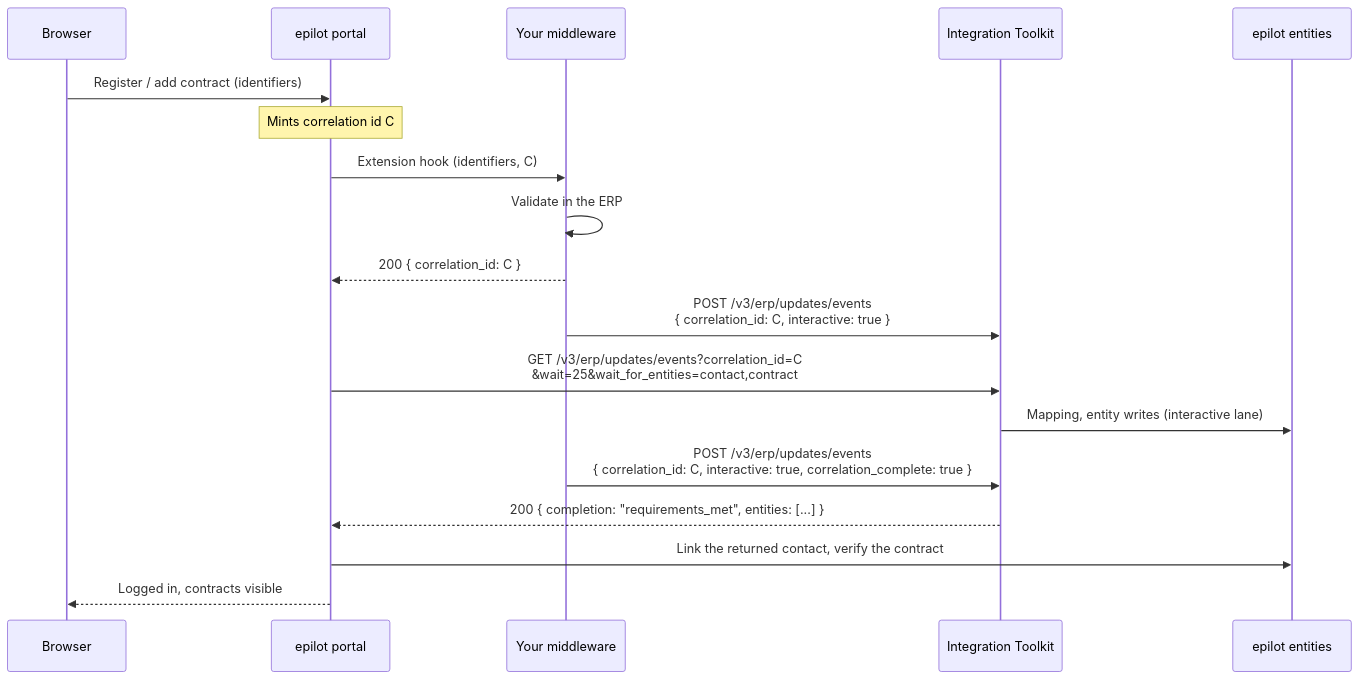
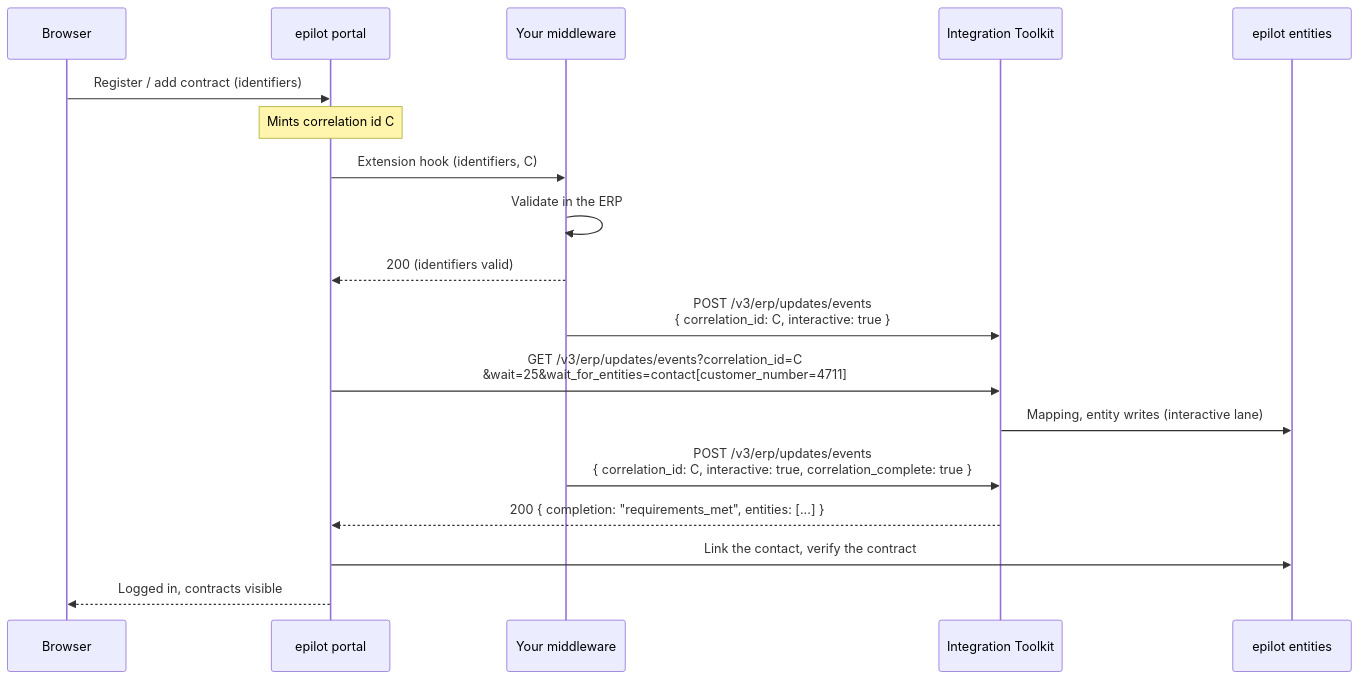
The diagram in docs/integrations/integration-toolkit/interactive-registration.md (epilot-dev/docs), drawn with Mermaid before and after one commit. The commit also changed other lines of this file and 3 other files, not shown here.

````diff
--- a/docs/integrations/integration-toolkit/interactive-registration.md
+++ b/docs/integrations/integration-toolkit/interactive-registration.md
@@ -58,21 +58,21 @@
 ```mermaid
 sequenceDiagram
     participant B as Browser
     participant P as epilot portal
     participant M as Your middleware
     participant T as Integration Toolkit
     participant E as epilot entities
 
     B->>P: Register / add contract (identifiers)
     Note over P: Mints correlation id C
     P->>M: Extension hook (identifiers, C)
     M->>M: Validate in the ERP
-    M-->>P: 200 { correlation_id: C }
+    M-->>P: 200 (identifiers valid)
     M->>T: POST /v3/erp/updates/events<br/>{ correlation_id: C, interactive: true }
-    P->>T: GET /v3/erp/updates/events?correlation_id=C<br/>&wait=25&wait_for_entities=contact,contract
+    P->>T: GET /v3/erp/updates/events?correlation_id=C<br/>&wait=25&wait_for_entities=contact[customer_number=4711]
     T->>E: Mapping, entity writes (interactive lane)
     M->>T: POST /v3/erp/updates/events<br/>{ correlation_id: C, interactive: true, correlation_complete: true }
     T-->>P: 200 { completion: "requirements_met", entities: [...] }
-    P->>E: Link the returned contact, verify the contract
+    P->>E: Link the contact, verify the contract
     P-->>B: Logged in, contracts visible
 ```
````
